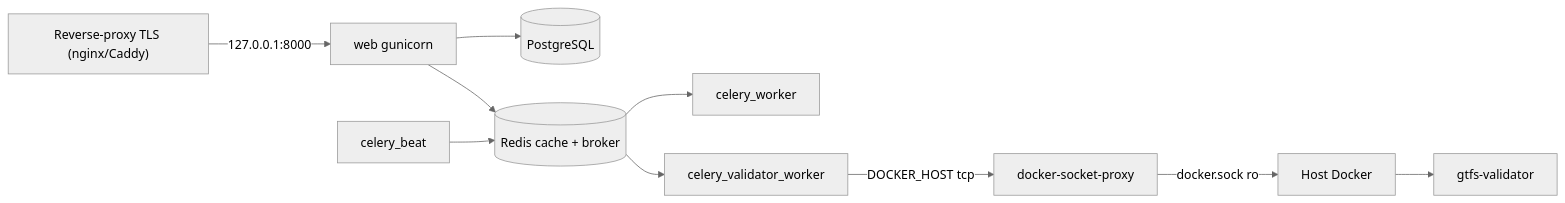
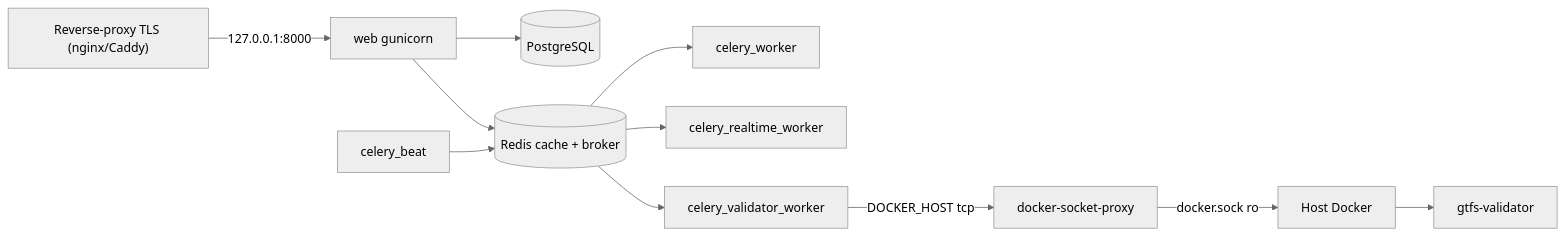
Before and after one commit to jotazet/OtwarteDaneTransportowe-backend: the first of 2 diagrams in docs/deployment.md, drawn with Mermaid (neutral theme). The commit also changed other lines of this file and 8 other files, not shown here.

First line of the commit message:
fix(celery): run realtime fetches on their own queue and worker

````diff
--- a/docs/deployment.md
+++ b/docs/deployment.md
@@ -58,12 +59,13 @@
 ```mermaid
 flowchart LR
   proxy["Reverse-proxy TLS (nginx/Caddy)"] -->|"127.0.0.1:8000"| web[web gunicorn]
   web --> pg[(PostgreSQL)]
   web --> redis[(Redis cache + broker)]
   beat[celery_beat] --> redis
   redis --> worker[celery_worker]
+  redis --> rtworker[celery_realtime_worker]
   redis --> vworker[celery_validator_worker]
   vworker -->|DOCKER_HOST tcp| sockproxy[docker-socket-proxy]
   sockproxy -->|docker.sock ro| host[Host Docker]
   host --> gtfs[gtfs-validator]
 ```
````
